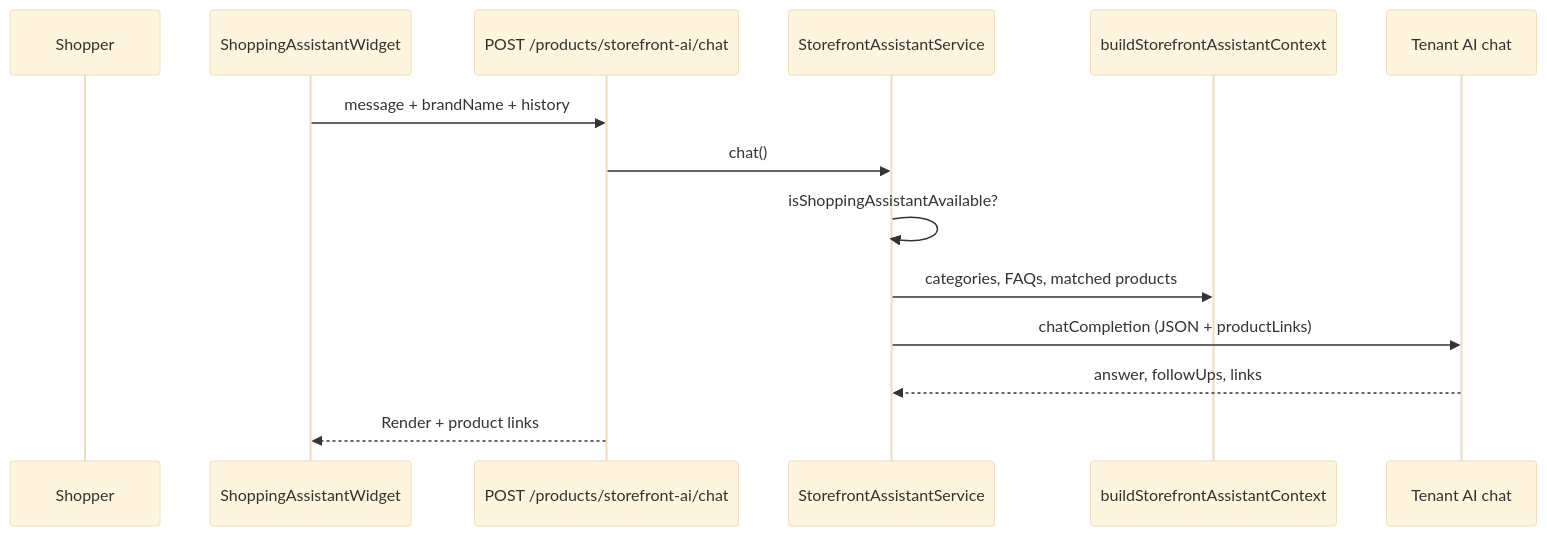
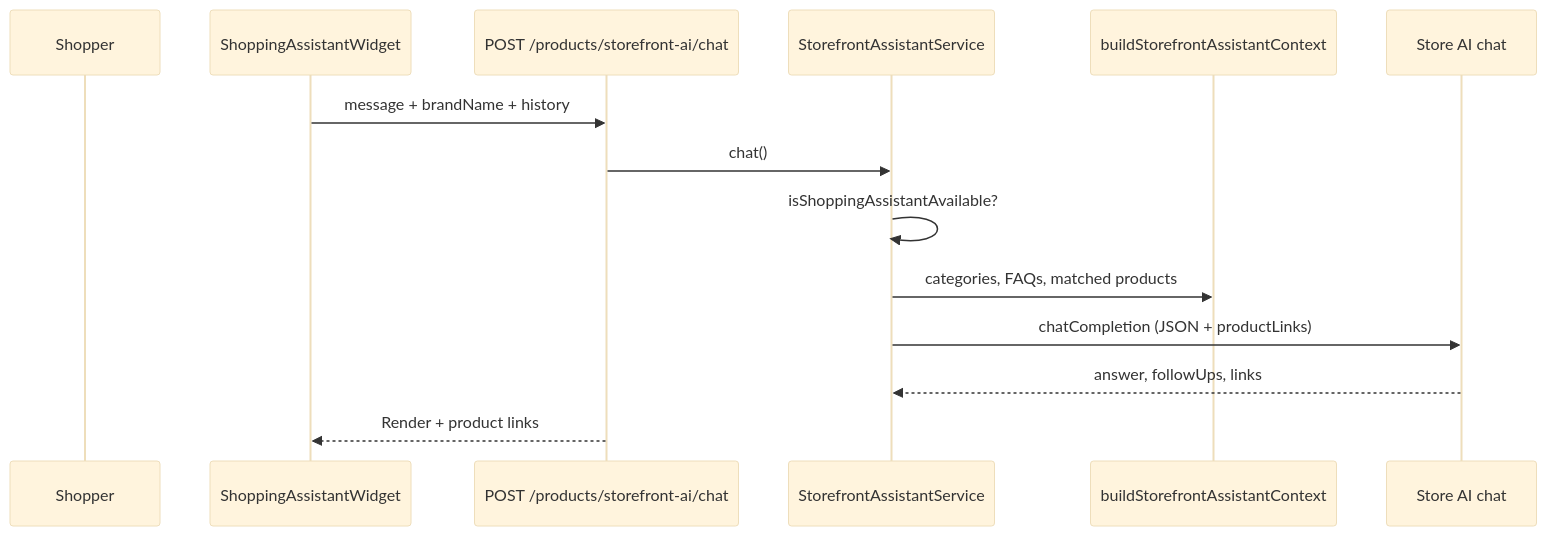
The fifth of 5 diagrams in doc/manuals/12_STOREFRONT_AI_GUIDE.md (gowtamkumar/eCommerce-multi-store-saas-erp), drawn with Mermaid (base theme) before and after one commit. The commit also changed other lines of this file and 764 other files, not shown here.

````diff
--- a/doc/manuals/12_STOREFRONT_AI_GUIDE.md
+++ b/doc/manuals/12_STOREFRONT_AI_GUIDE.md
@@ -286,17 +286,17 @@
 ```mermaid
 sequenceDiagram
   participant Shopper
   participant W as ShoppingAssistantWidget
   participant API as POST /products/storefront-ai/chat
   participant SA as StorefrontAssistantService
   participant RAG as buildStorefrontAssistantContext
-  participant LLM as Tenant AI chat
+  participant LLM as Store AI chat
 
   W->>API: message + brandName + history
   API->>SA: chat()
   SA->>SA: isShoppingAssistantAvailable?
   SA->>RAG: categories, FAQs, matched products
   SA->>LLM: chatCompletion (JSON + productLinks)
   LLM-->>SA: answer, followUps, links
   API-->>W: Render + product links
 ```
````
